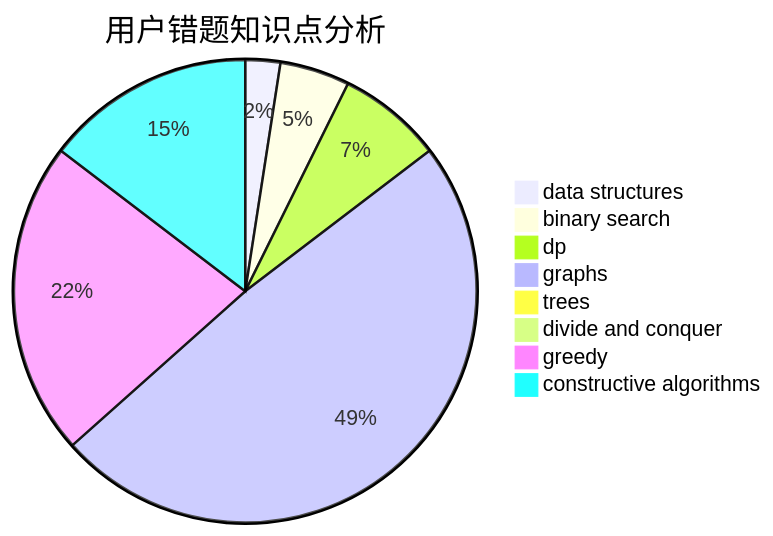
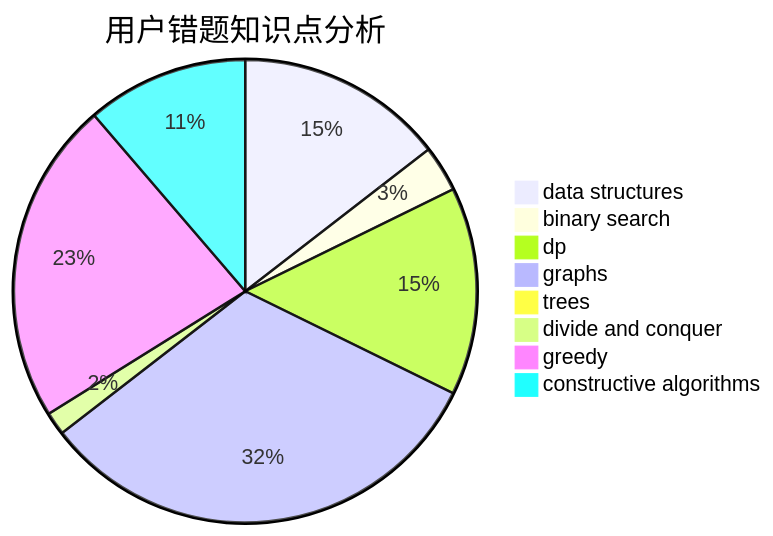
Before and after one commit to sherpahu/cfrs.github.io: the third of 3 diagrams in docs/user/u1771.md, drawn with Mermaid. The commit also changed other lines of this file and 2770 other files, not shown here.

````diff
--- a/docs/user/u1771.md
+++ b/docs/user/u1771.md
@@ -36,11 +36,11 @@
 ```mermaid
 pie title 用户错题知识点分析
-    "data structures" :  1
+    "data structures" :  9
     "binary search" :  2
-    "dp" :  3
+    "dp" :  9
     "graphs" :  20
     "trees" :  0
-    "divide and conquer" :  0
-    "greedy" :  9
-    "constructive algorithms" :  6
+    "divide and conquer" :  1
+    "greedy" :  14
+    "constructive algorithms" :  7
 ```
````
